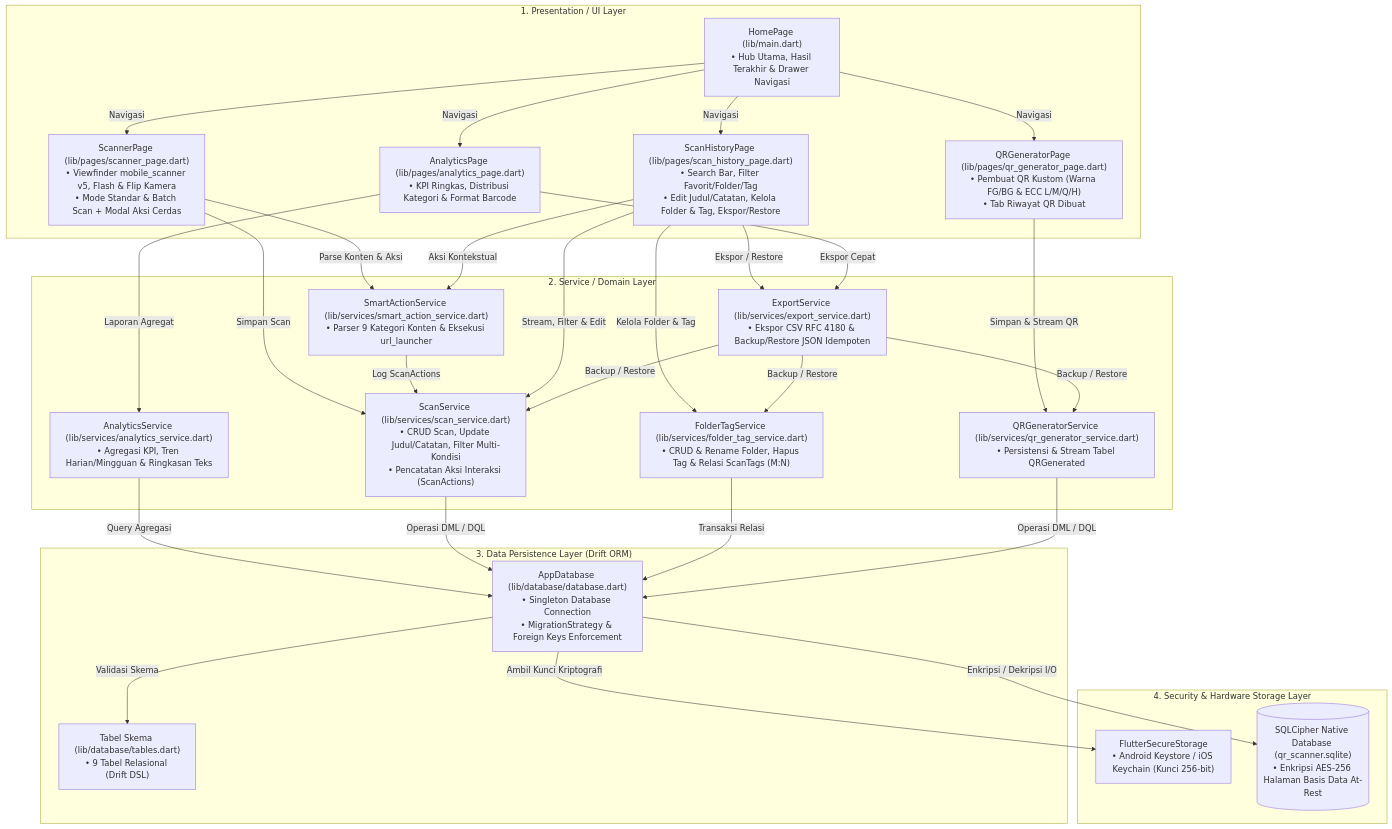
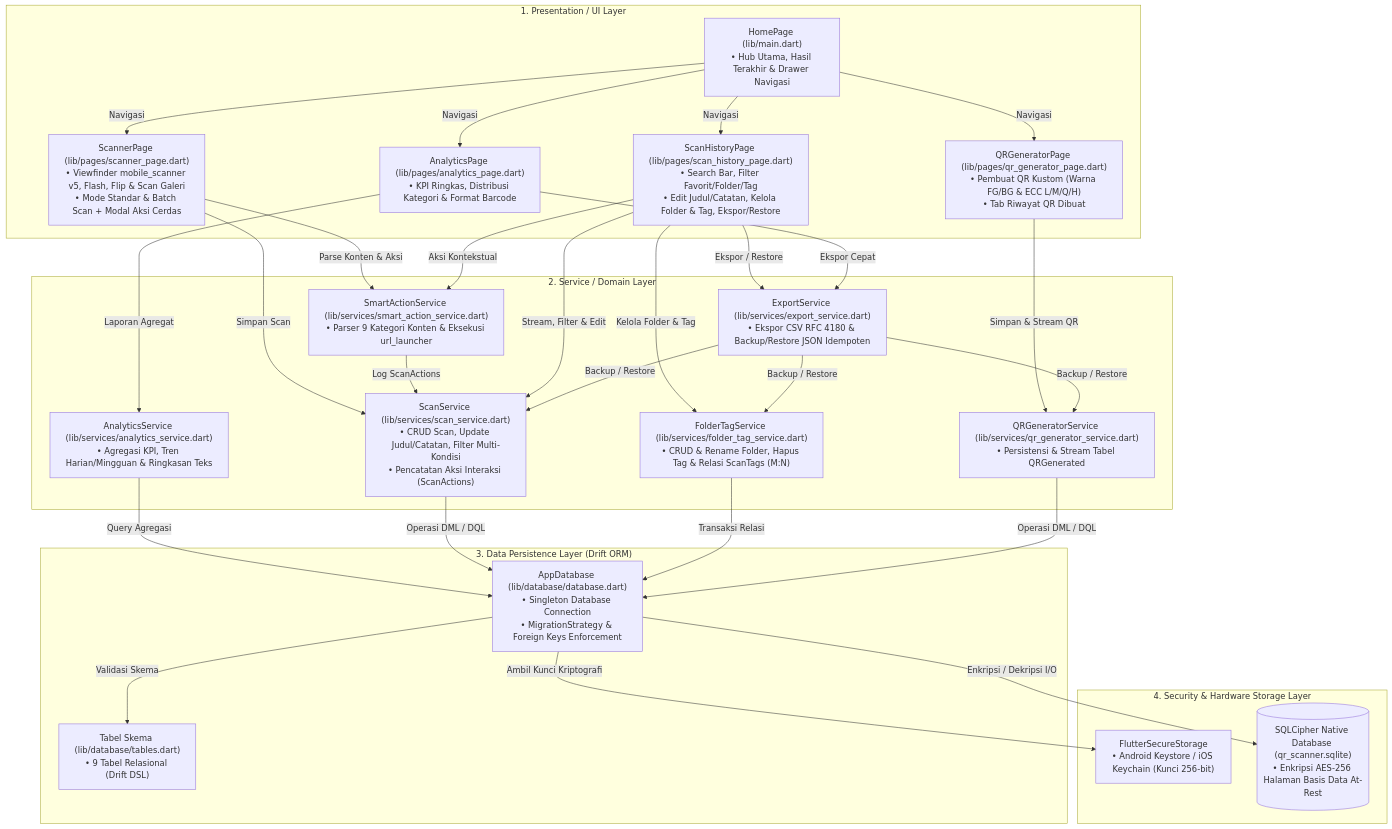
The first of 4 diagrams in doc/DOKUMENTASI_PROYEK.md (bagussatoto/QR-Scanner), drawn with Mermaid before and after one commit. The commit also changed other lines of this file and 9 other files, not shown here.

````diff
--- a/doc/DOKUMENTASI_PROYEK.md
+++ b/doc/DOKUMENTASI_PROYEK.md
@@ -56,54 +56,54 @@
 ```mermaid
 flowchart TB
     subgraph L1["1. Presentation / UI Layer"]
         HP["HomePage (lib/main.dart)<br/>• Hub Utama, Hasil Terakhir & Drawer Navigasi"]
-        SCP["ScannerPage (lib/pages/scanner_page.dart)<br/>• Viewfinder mobile_scanner v5, Flash & Flip Kamera<br/>• Mode Standar & Batch Scan + Modal Aksi Cerdas"]
+        SCP["ScannerPage (lib/pages/scanner_page.dart)<br/>• Viewfinder mobile_scanner v5, Flash, Flip & Scan Galeri<br/>• Mode Standar & Batch Scan + Modal Aksi Cerdas"]
         SHP["ScanHistoryPage (lib/pages/scan_history_page.dart)<br/>• Search Bar, Filter Favorit/Folder/Tag<br/>• Edit Judul/Catatan, Kelola Folder & Tag, Ekspor/Restore"]
         QGP["QRGeneratorPage (lib/pages/qr_generator_page.dart)<br/>• Pembuat QR Kustom (Warna FG/BG & ECC L/M/Q/H)<br/>• Tab Riwayat QR Dibuat"]
         ANP["AnalyticsPage (lib/pages/analytics_page.dart)<br/>• KPI Ringkas, Distribusi Kategori & Format Barcode"]
     end
 
     subgraph L2["2. Service / Domain Layer"]
         SS["ScanService (lib/services/scan_service.dart)<br/>• CRUD Scan, Update Judul/Catatan, Filter Multi-Kondisi<br/>• Pencatatan Aksi Interaksi (ScanActions)"]
         FTS["FolderTagService (lib/services/folder_tag_service.dart)<br/>• CRUD & Rename Folder, Hapus Tag & Relasi ScanTags (M:N)"]
         SAS["SmartActionService (lib/services/smart_action_service.dart)<br/>• Parser 9 Kategori Konten & Eksekusi url_launcher"]
         QGS["QRGeneratorService (lib/services/qr_generator_service.dart)<br/>• Persistensi & Stream Tabel QRGenerated"]
         ANS["AnalyticsService (lib/services/analytics_service.dart)<br/>• Agregasi KPI, Tren Harian/Mingguan & Ringkasan Teks"]
         EXS["ExportService (lib/services/export_service.dart)<br/>• Ekspor CSV RFC 4180 & Backup/Restore JSON Idempoten"]
     end
 
     subgraph L3["3. Data Persistence Layer (Drift ORM)"]
         DB["AppDatabase (lib/database/database.dart)<br/>• Singleton Database Connection<br/>• MigrationStrategy & Foreign Keys Enforcement"]
         TBL["Tabel Skema (lib/database/tables.dart)<br/>• 9 Tabel Relasional (Drift DSL)"]
     end
 
     subgraph L4["4. Security & Hardware Storage Layer"]
         KEY["FlutterSecureStorage<br/>• Android Keystore / iOS Keychain (Kunci 256-bit)"]
         CIPHER[("SQLCipher Native Database (qr_scanner.sqlite)<br/>• Enkripsi AES-256 Halaman Basis Data At-Rest")]
     end
 
     HP -->|"Navigasi"| SCP
     HP -->|"Navigasi"| SHP
     HP -->|"Navigasi"| QGP
     HP -->|"Navigasi"| ANP
     SCP -->|"Parse Konten & Aksi"| SAS
     SCP -->|"Simpan Scan"| SS
     SAS -->|"Log ScanActions"| SS
     SHP -->|"Stream, Filter & Edit"| SS
     SHP -->|"Kelola Folder & Tag"| FTS
     SHP -->|"Aksi Kontekstual"| SAS
     SHP -->|"Ekspor / Restore"| EXS
     QGP -->|"Simpan & Stream QR"| QGS
     ANP -->|"Laporan Agregat"| ANS
     ANP -->|"Ekspor Cepat"| EXS
     ANS -->|"Query Agregasi"| DB
     EXS -->|"Backup / Restore"| SS
     EXS -->|"Backup / Restore"| FTS
     EXS -->|"Backup / Restore"| QGS
     SS -->|"Operasi DML / DQL"| DB
     FTS -->|"Transaksi Relasi"| DB
     QGS -->|"Operasi DML / DQL"| DB
     DB -->|"Validasi Skema"| TBL
     DB -->|"Ambil Kunci Kriptografi"| KEY
     DB -->|"Enkripsi / Dekripsi I/O"| CIPHER
 ```
````
